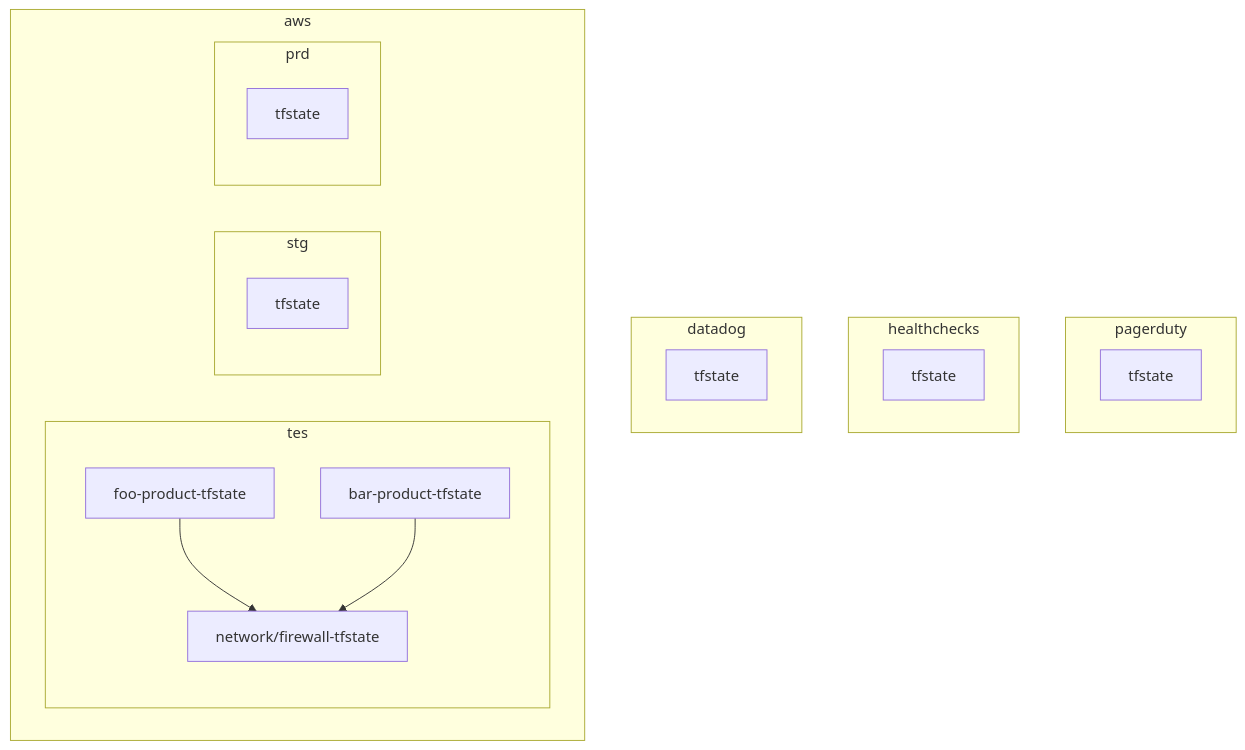
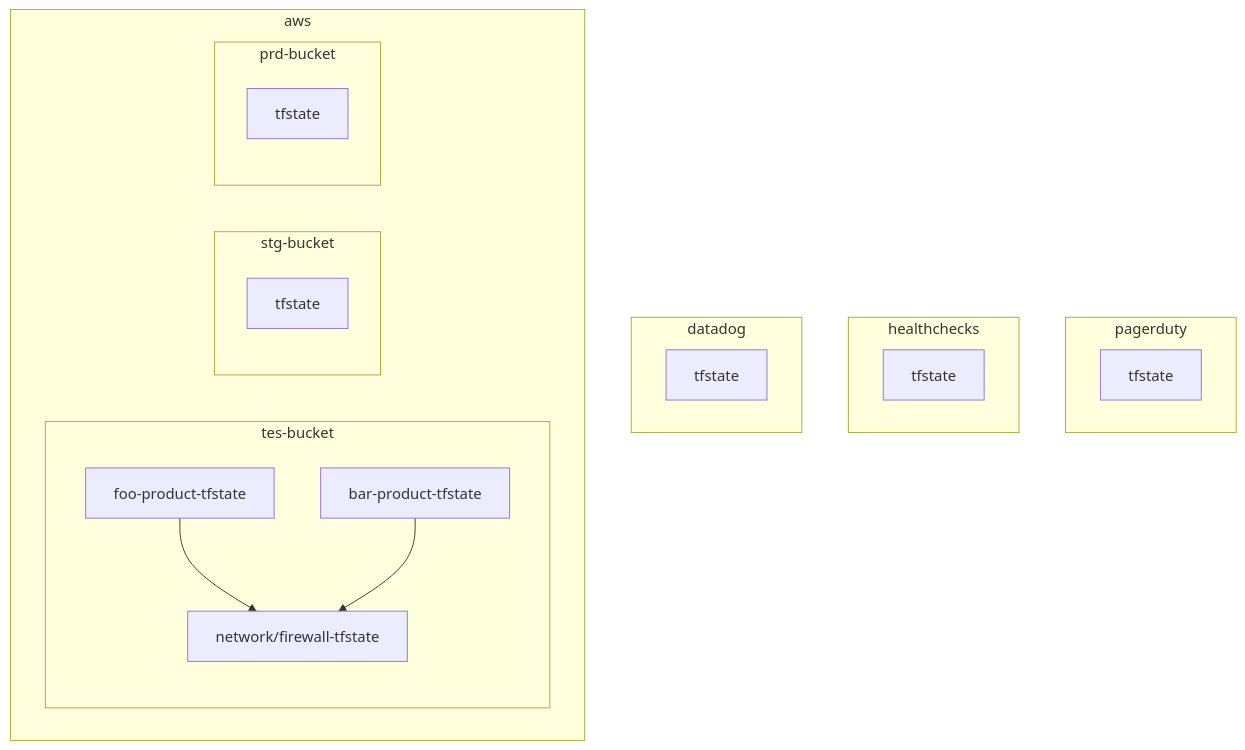
Before and after one commit to hiroki-it/tech-notebook: the third of 7 diagrams in docs/infrastructure_as_code/infrastructure_as_code_terraform_policy_tfstate.md, drawn with Mermaid. The commit also changed other lines of this file and 2 other files, not shown here.

````diff
--- a/docs/infrastructure_as_code/infrastructure_as_code_terraform_policy_tfstate.md
+++ b/docs/infrastructure_as_code/infrastructure_as_code_terraform_policy_tfstate.md
@@ -399,26 +399,25 @@
 ```mermaid
 graph TB
     subgraph pagerduty
-    Pagerduty[tfstate]
+        Pagerduty[tfstate]
     end
     subgraph healthchecks
-    Healthchecks[tfstate]
+        Healthchecks[tfstate]
     end
     subgraph datadog
-    Datadog[tfstate]
+        Datadog[tfstate]
     end
     subgraph aws
-    subgraph tes
-    A[foo-product-tfstate]-->C
-    B[bar-product-tfstate]-->C
-    C[network/firewall-tfstate]
+        subgraph tes-bucket
+            Foo[foo-product-tfstate]-->Network
+            Bar[bar-product-tfstate]-->Network
+            Network[network/firewall-tfstate]
+        end
+    subgraph stg-bucket
+        Stg[tfstate]
     end
-    subgraph stg
-    D[tfstate]
-    end
-    subgraph prd
-    E[tfstate]
+    subgraph prd-bucket
+        Prd[tfstate]
     end
     end
-
 ```
````
